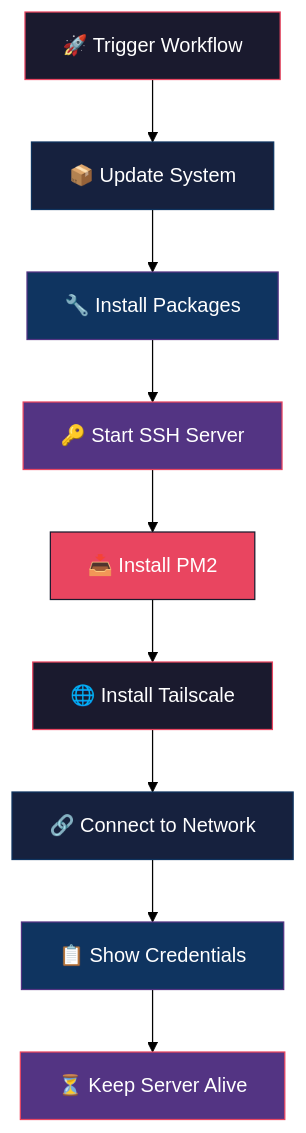
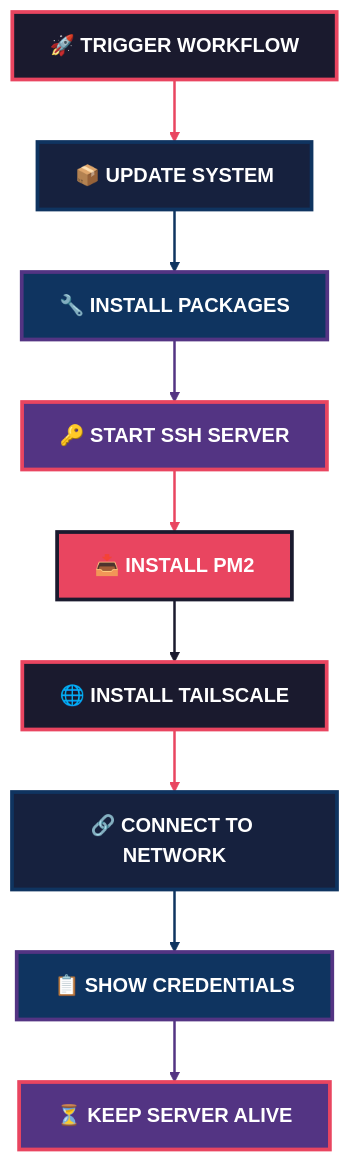
The diagram in README.md (V4NNThrift/ngonto15), drawn with Mermaid (forest theme) before and after one commit. The commit also changed other lines of this file, not shown here.

Commit message:
✨ Ultra redesign - 3D ASCII, animated badges, capsule render, mermaid flowchart, stats cards

````diff
--- a/README.md
+++ b/README.md
@@ -240,21 +370,30 @@
 ```mermaid
 flowchart TD
-    A[🚀 Trigger Workflow] --> B[📦 Update System]
-    B --> C[🔧 Install Packages]
-    C --> D[🔑 Start SSH Server]
-    D --> E[📥 Install PM2]
-    E --> F[🌐 Install Tailscale]
-    F --> G[🔗 Connect to Network]
-    G --> H[📋 Show Credentials]
-    H --> I[⏳ Keep Server Alive]
+    A["<b>🚀 TRIGGER WORKFLOW</b>"] --> B["<b>📦 UPDATE SYSTEM</b>"]
+    B --> C["<b>🔧 INSTALL PACKAGES</b>"]
+    C --> D["<b>🔑 START SSH SERVER</b>"]
+    D --> E["<b>📥 INSTALL PM2</b>"]
+    E --> F["<b>🌐 INSTALL TAILSCALE</b>"]
+    F --> G["<b>🔗 CONNECT TO NETWORK</b>"]
+    G --> H["<b>📋 SHOW CREDENTIALS</b>"]
+    H --> I["<b>⏳ KEEP SERVER ALIVE</b>"]
     
-    style A fill:#1a1a2e,stroke:#e94560,color:#fff
-    style B fill:#16213e,stroke:#0f3460,color:#fff
-    style C fill:#0f3460,stroke:#533483,color:#fff
-    style D fill:#533483,stroke:#e94560,color:#fff
-    style E fill:#e94560,stroke:#1a1a2e,color:#fff
-    style F fill:#1a1a2e,stroke:#e94560,color:#fff
-    style G fill:#16213e,stroke:#0f3460,color:#fff
-    style H fill:#0f3460,stroke:#533483,color:#fff
-    style I fill:#533483,stroke:#e94560,color:#fff
+    style A fill:#1a1a2e,stroke:#e94560,color:#fff,stroke-width:3px
+    style B fill:#16213e,stroke:#0f3460,color:#fff,stroke-width:3px
+    style C fill:#0f3460,stroke:#533483,color:#fff,stroke-width:3px
+    style D fill:#533483,stroke:#e94560,color:#fff,stroke-width:3px
+    style E fill:#e94560,stroke:#1a1a2e,color:#fff,stroke-width:3px
+    style F fill:#1a1a2e,stroke:#e94560,color:#fff,stroke-width:3px
+    style G fill:#16213e,stroke:#0f3460,color:#fff,stroke-width:3px
+    style H fill:#0f3460,stroke:#533483,color:#fff,stroke-width:3px
+    style I fill:#533483,stroke:#e94560,color:#fff,stroke-width:3px
+    
+    linkStyle 0 stroke:#e94560,stroke-width:2px,fill:none
+    linkStyle 1 stroke:#0f3460,stroke-width:2px,fill:none
+    linkStyle 2 stroke:#533483,stroke-width:2px,fill:none
+    linkStyle 3 stroke:#e94560,stroke-width:2px,fill:none
+    linkStyle 4 stroke:#1a1a2e,stroke-width:2px,fill:none
+    linkStyle 5 stroke:#e94560,stroke-width:2px,fill:none
+    linkStyle 6 stroke:#0f3460,stroke-width:2px,fill:none
+    linkStyle 7 stroke:#533483,stroke-width:2px,fill:none
 ```
````
